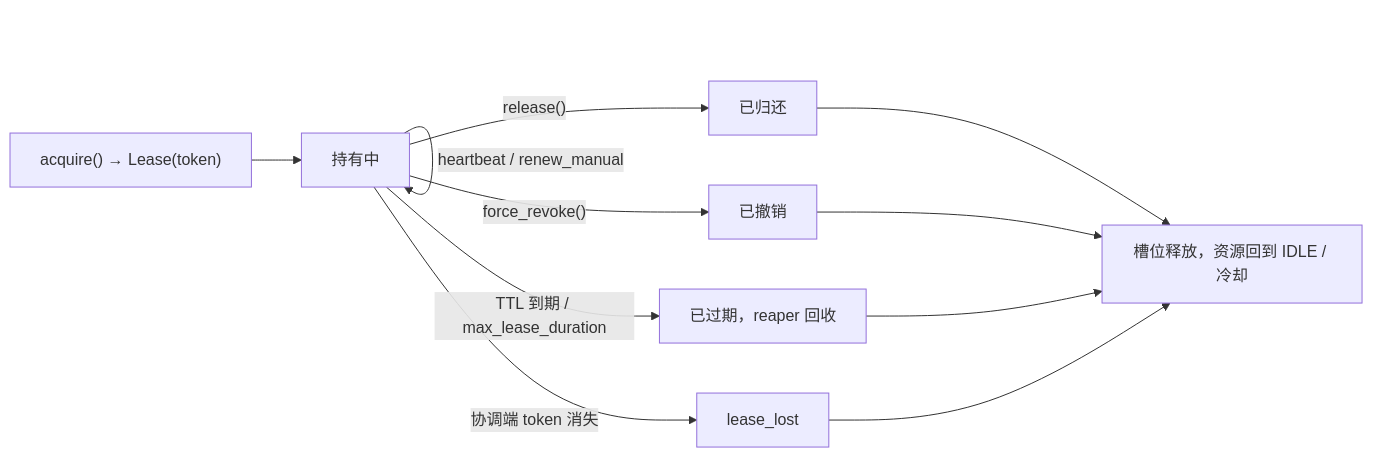
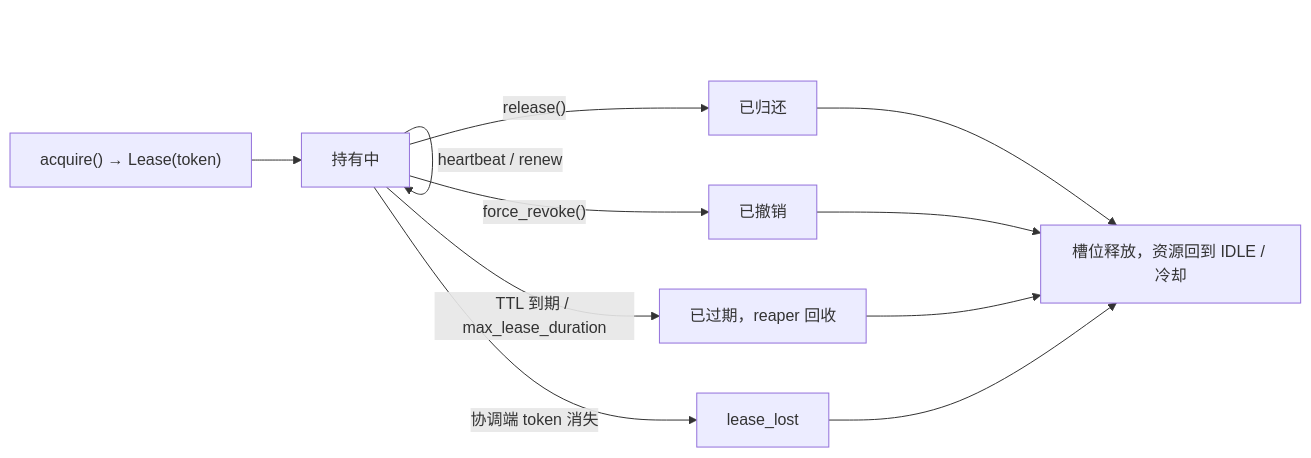
One commit to kusen-alpha/purser changed the diagram in docs/guides/lease-lifecycle.md. Above: the diagram before and after it, drawn with Mermaid. The commit also changed other lines of this file and 175 other files, not shown here.

````diff
--- a/docs/guides/lease-lifecycle.md
+++ b/docs/guides/lease-lifecycle.md
@@ -5,13 +5,13 @@
 ```mermaid
 flowchart LR
     A["acquire() → Lease(token)"] --> B["持有中"]
-    B -->|"heartbeat / renew_manual"| B
+    B -->|"heartbeat / renew"| B
     B -->|"release()"| C["已归还"]
     B -->|"force_revoke()"| D["已撤销"]
     B -->|"TTL 到期 / max_lease_duration"| E["已过期，reaper 回收"]
     B -->|"协调端 token 消失"| F["lease_lost"]
     C --> G["槽位释放，资源回到 IDLE / 冷却"]
     D --> G
     E --> G
     F --> G
 ```
````
